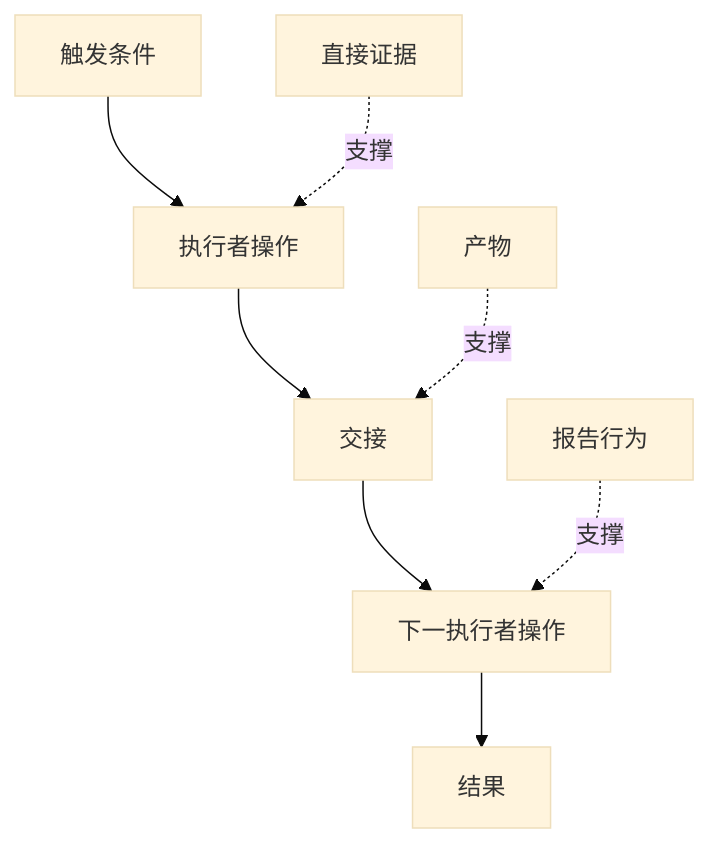
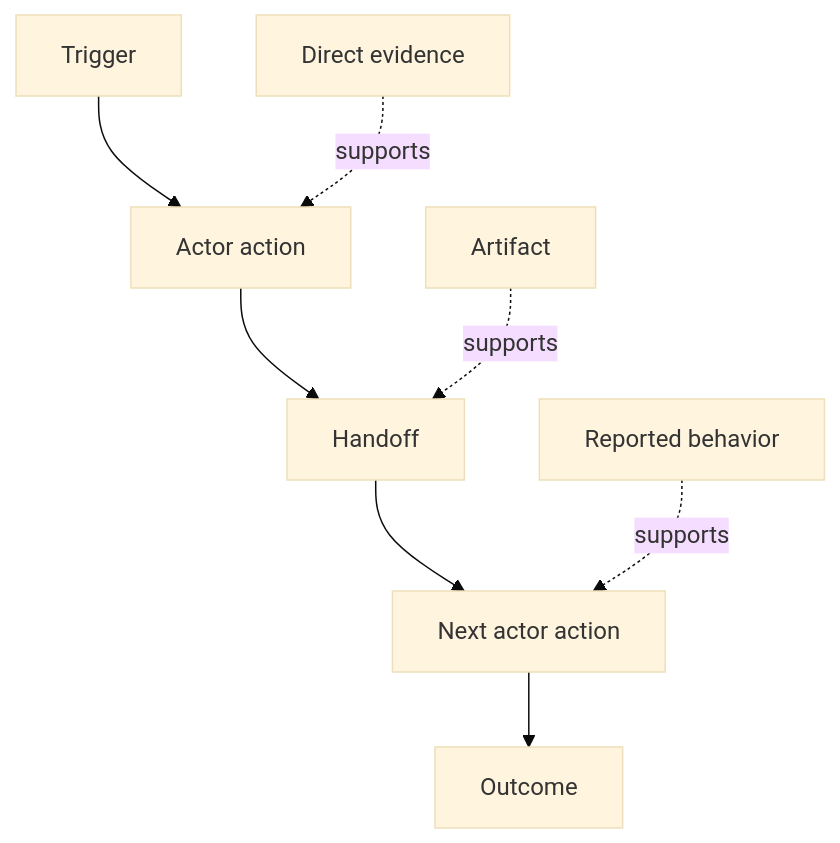
Before and after one commit to xiaojiaenen/ai-engineering-from-scratch-zh: the diagram in i18n/zh/phases/14-agent-engineering/48-discover-the-real-workflow/docs/zh.md, drawn with Mermaid (base theme). The commit also changed other lines of this file and 54 other files, not shown here.

````diff
--- a/i18n/zh/phases/14-agent-engineering/48-discover-the-real-workflow/docs/zh.md
+++ b/i18n/zh/phases/14-agent-engineering/48-discover-the-real-workflow/docs/zh.md
@@ -47,10 +47,10 @@
 ```mermaid
 flowchart TD
-  T[触发条件] --> A1[执行者操作]
-  A1 --> H[交接]
-  H --> A2[下一执行者操作]
-  A2 --> O[结果]
-  E1[直接证据] -.支撑.-> A1
-  E2[产物] -.支撑.-> H
-  E3[报告行为] -.支撑.-> A2
+  T[Trigger] --> A1[Actor action]
+  A1 --> H[Handoff]
+  H --> A2[Next actor action]
+  A2 --> O[Outcome]
+  E1[Direct evidence] -.supports.-> A1
+  E2[Artifact] -.supports.-> H
+  E3[Reported behavior] -.supports.-> A2
 ```
````
